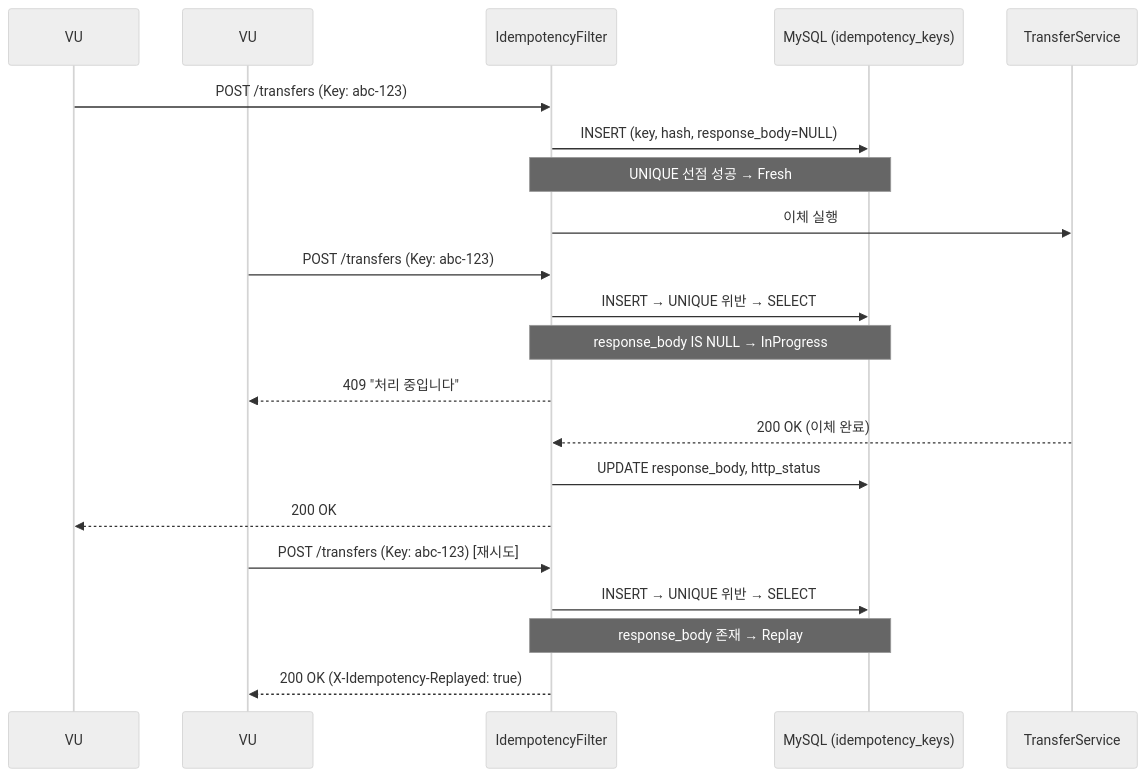
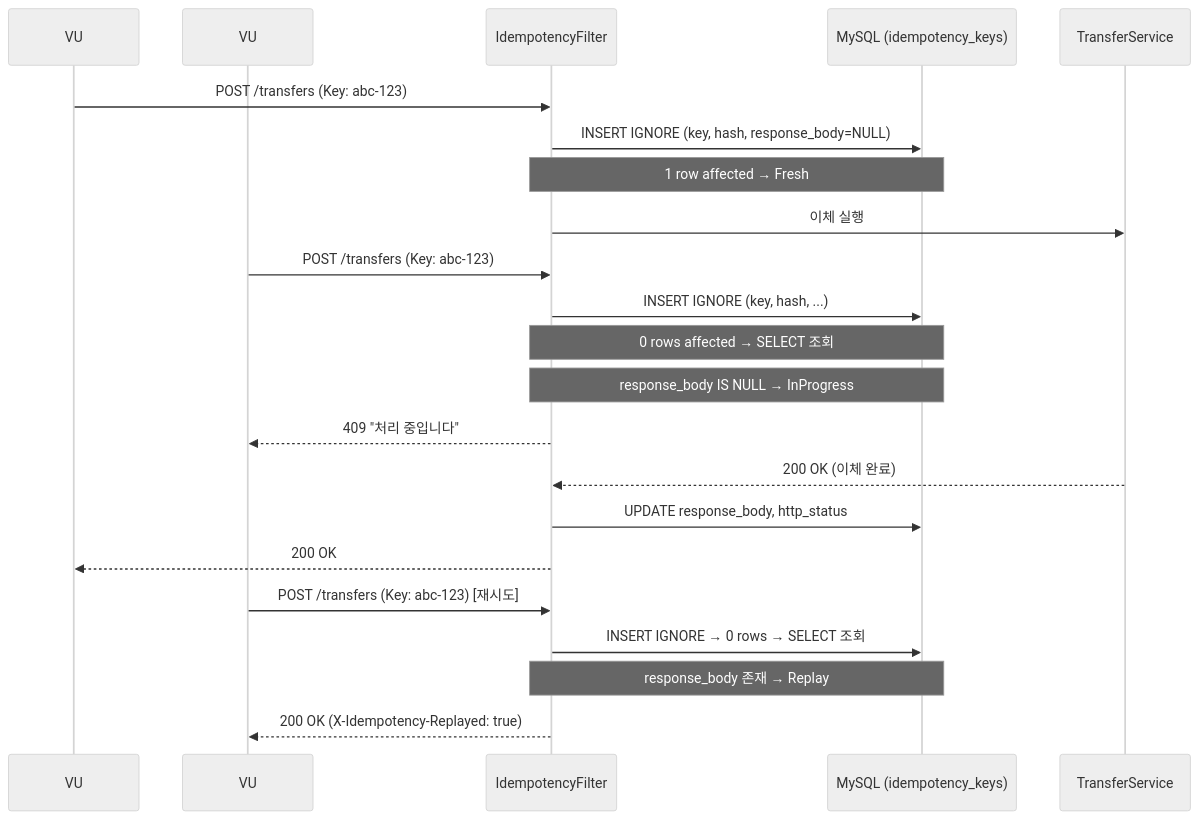
One commit to jung32111/concurrent-banking-api changed the sixth of 6 diagrams in docs/loadtest/README.md. Above: the diagram before and after it, drawn with Mermaid (neutral theme). The commit also changed other lines of this file, not shown here.

Commit message:
docs: 멱등성 부하테스트 README 수정 — INSERT IGNORE 흐름 반영 + 결과 차트 추가

````diff
--- a/docs/loadtest/README.md
+++ b/docs/loadtest/README.md
@@ -166,24 +175,25 @@
 ```mermaid
 sequenceDiagram
     participant C1 as VU #1 (최초)
-    participant C2 as VU #2~20 (중복)
+    participant C2 as VU #2~20 (동시)
     participant F as IdempotencyFilter
     participant DB as MySQL (idempotency_keys)
     participant S as TransferService
 
     C1->>F: POST /transfers (Key: abc-123)
-    F->>DB: INSERT (key, hash, response_body=NULL)
-    Note over F,DB: UNIQUE 선점 성공 → Fresh
+    F->>DB: INSERT IGNORE (key, hash, response_body=NULL)
+    Note over F,DB: 1 row affected → Fresh
     F->>S: 이체 실행
     C2->>F: POST /transfers (Key: abc-123)
-    F->>DB: INSERT → UNIQUE 위반 → SELECT
+    F->>DB: INSERT IGNORE (key, hash, ...)
+    Note over F,DB: 0 rows affected → SELECT 조회
     Note over F,DB: response_body IS NULL → InProgress
     F-->>C2: 409 "처리 중입니다"
     S-->>F: 200 OK (이체 완료)
     F->>DB: UPDATE response_body, http_status
     F-->>C1: 200 OK
     C2->>F: POST /transfers (Key: abc-123) [재시도]
-    F->>DB: INSERT → UNIQUE 위반 → SELECT
+    F->>DB: INSERT IGNORE → 0 rows → SELECT 조회
     Note over F,DB: response_body 존재 → Replay
     F-->>C2: 200 OK (X-Idempotency-Replayed: true)
 ```
````
